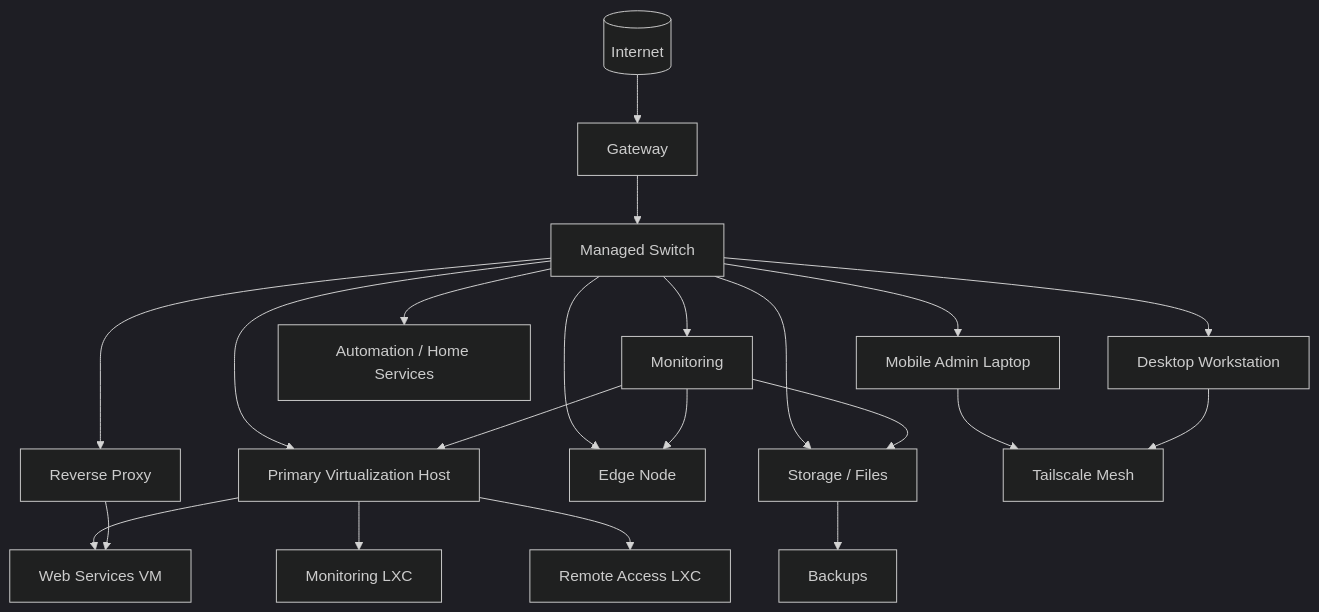
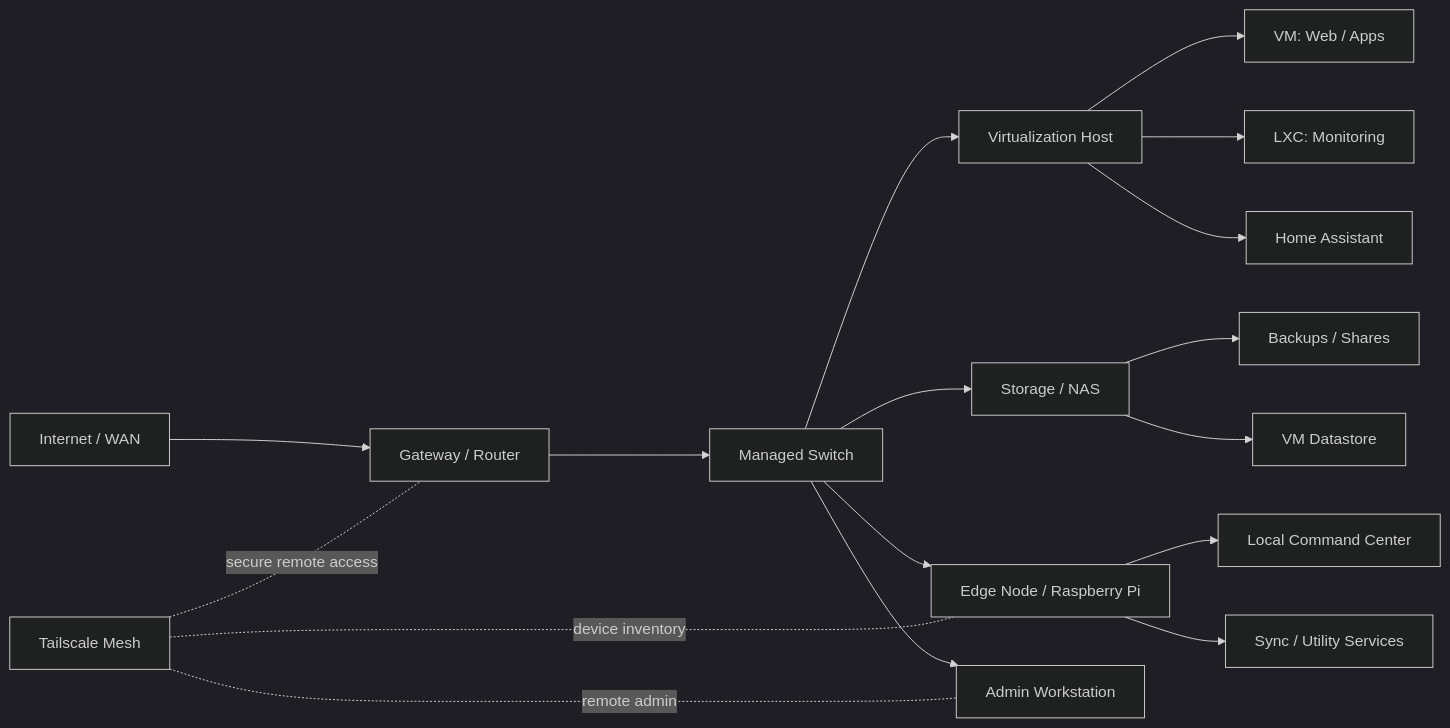
One commit to dristinlee/OpenInfraHub changed the second of 4 diagrams in docs/NETWORK_HUB_REPORT.md. Above: the diagram before and after it, drawn with Mermaid (dark theme). The commit also changed other lines of this file, not shown here.

````diff
--- a/docs/NETWORK_HUB_REPORT.md
+++ b/docs/NETWORK_HUB_REPORT.md
@@ -67,23 +116,23 @@
 ```mermaid
-flowchart TD
-  WAN[(Internet)] --> GW[Gateway]
-  GW --> SW[Managed Switch]
-  SW --> PH[Primary Virtualization Host]
-  SW --> NAS[Storage / Files]
-  SW --> EDGE[Edge Node]
-  SW --> WS[Desktop Workstation]
-  SW --> LAP[Mobile Admin Laptop]
-  SW --> HA[Automation / Home Services]
-  SW --> PROXY[Reverse Proxy]
-  SW --> MON[Monitoring]
-  LAP --> TS[Tailscale Mesh]
-  WS --> TS
-  PH --> VM1[Web Services VM]
-  PH --> LXC1[Monitoring LXC]
-  PH --> LXC2[Remote Access LXC]
-  NAS --> BKP[Backups]
-  PROXY --> VM1
-  MON --> PH
-  MON --> NAS
-  MON --> EDGE
+flowchart LR
+    Internet["Internet / WAN"] --> Gateway["Gateway / Router"]
+    Gateway --> Switch["Managed Switch"]
+    Switch --> Proxmox["Virtualization Host"]
+    Switch --> NAS["Storage / NAS"]
+    Switch --> Pi["Edge Node / Raspberry Pi"]
+    Switch --> Workstation["Admin Workstation"]
+
+    Proxmox --> VM1["VM: Web / Apps"]
+    Proxmox --> LXC1["LXC: Monitoring"]
+    Proxmox --> HA["Home Assistant"]
+
+    NAS --> Backups["Backups / Shares"]
+    NAS --> Datastore["VM Datastore"]
+
+    Pi --> LocalDash["Local Command Center"]
+    Pi --> Sync["Sync / Utility Services"]
+
+    Tailscale["Tailscale Mesh"] -. secure remote access .- Gateway
+    Tailscale -. remote admin .- Workstation
+    Tailscale -. device inventory .- Pi
 ```
````
